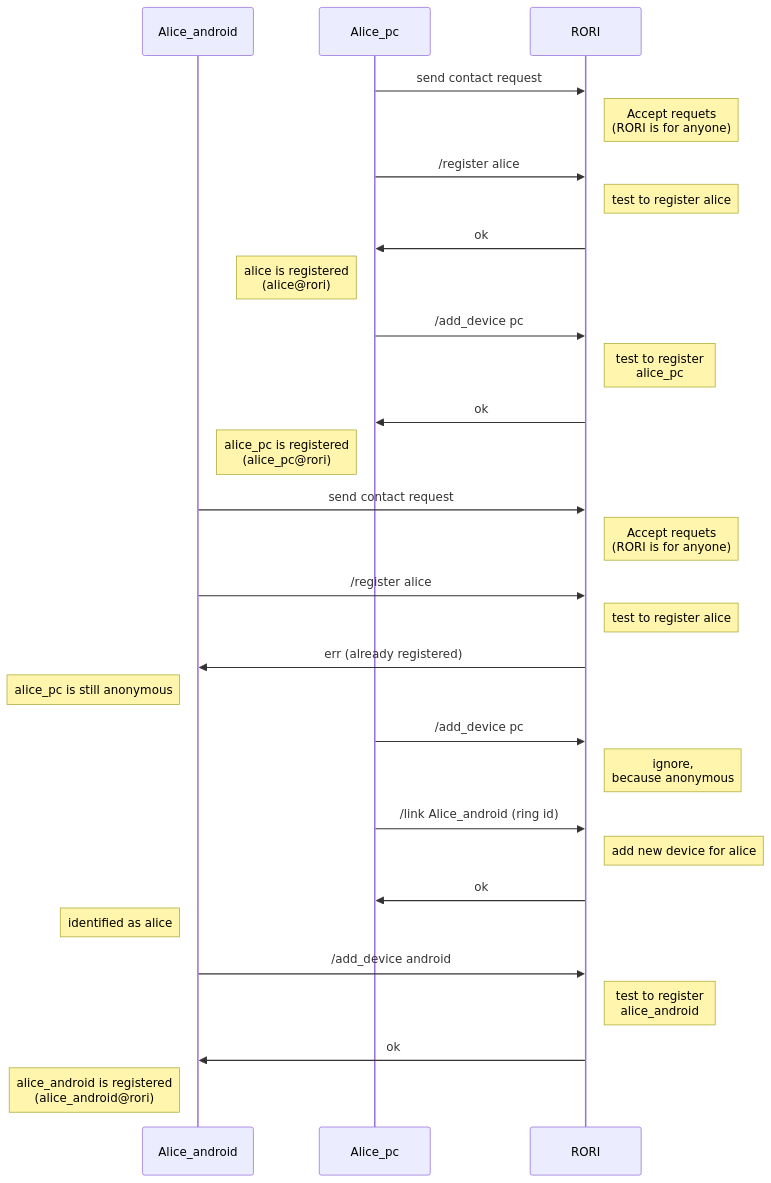
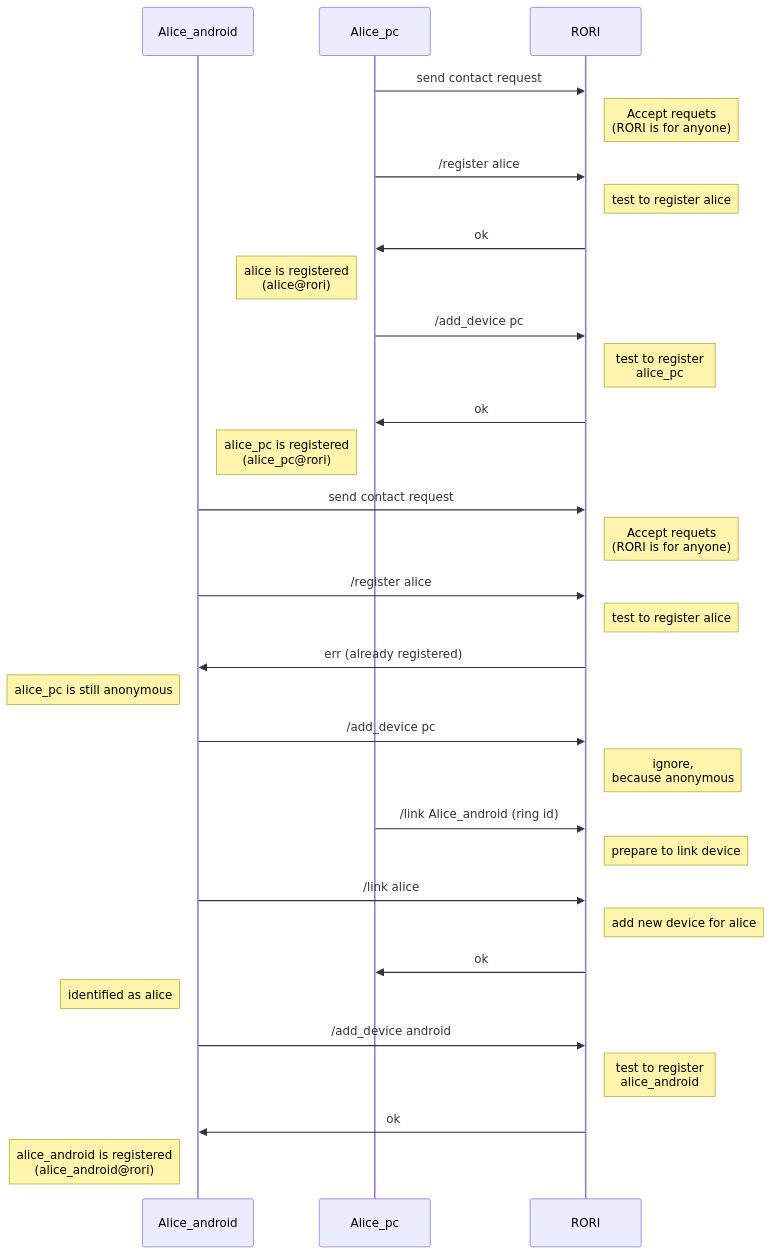
The diagram in docs/issues/auth.mermaid (AmarOk1412/rori_core), drawn with Mermaid before and after one commit. The commit also changed 4 other files, not shown here.

```diff
--- a/docs/issues/auth.mermaid
+++ b/docs/issues/auth.mermaid
@@ -1,36 +1,38 @@
 sequenceDiagram
     participant Alice_android
     participant Alice_pc
     participant RORI
 
     Alice_pc->>RORI:  send contact request
     Note right of RORI: Accept requets<br>(RORI is for anyone)
 
     Alice_pc->>RORI:  /register alice
     Note right of RORI: test to register alice
     RORI->>Alice_pc: ok
     Note left of Alice_pc: alice is registered<br>(alice@rori)
     Alice_pc->>RORI:  /add_device pc
     Note right of RORI: test to register<br>alice_pc
     RORI->>Alice_pc: ok
     Note left of Alice_pc: alice_pc is registered<br>(alice_pc@rori)
 
 
 
     Alice_android->>RORI:  send contact request
     Note right of RORI: Accept requets<br>(RORI is for anyone)
     Alice_android->>RORI:  /register alice
     Note right of RORI: test to register alice
     RORI->>Alice_android: err (already registered)
     Note left of Alice_android: alice_pc is still anonymous
-    Alice_pc->>RORI:  /add_device pc
+    Alice_android->>RORI:  /add_device pc
     Note right of RORI: ignore,<br>because anonymous
-  
+
     Alice_pc->>RORI:  /link Alice_android (ring id)
+    Note right of RORI: prepare to link device
+    Alice_android->>RORI:  /link alice
     Note right of RORI: add new device for alice
     RORI->>Alice_pc: ok
     Note left of Alice_android: identified as alice
     Alice_android->>RORI:  /add_device android
     Note right of RORI: test to register<br>alice_android
     RORI->>Alice_android: ok
     Note left of Alice_android: alice_android is registered<br>(alice_android@rori)
```
